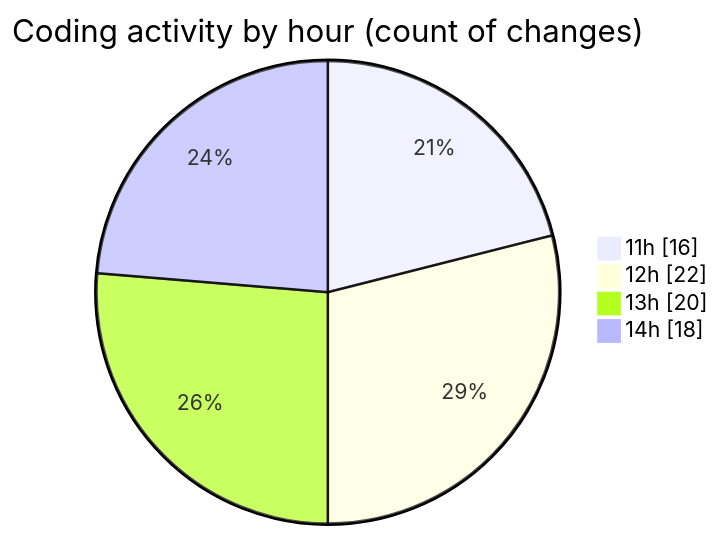
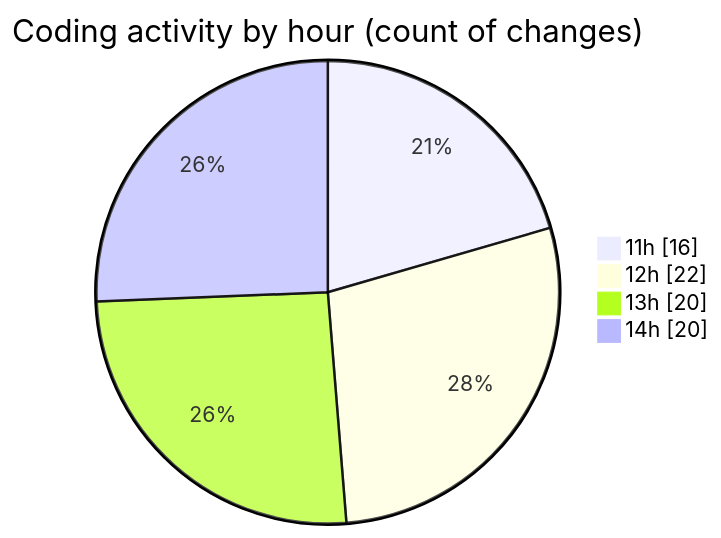
Before and after one commit to donsfak/code-tracking: the second of 2 diagrams in 2025-03-25/wordle/README.md, drawn with Mermaid. The commit also changed other lines of this file and 1 other file, not shown here.

````diff
--- a/2025-03-25/wordle/README.md
+++ b/2025-03-25/wordle/README.md
@@ -36,8 +36,8 @@
 ```mermaid
 pie showData
 title Coding activity by hour (count of changes)
 "11h" : 16
 "12h" : 22
 "13h" : 20
-"14h" : 18
+"14h" : 20
 ```
````
